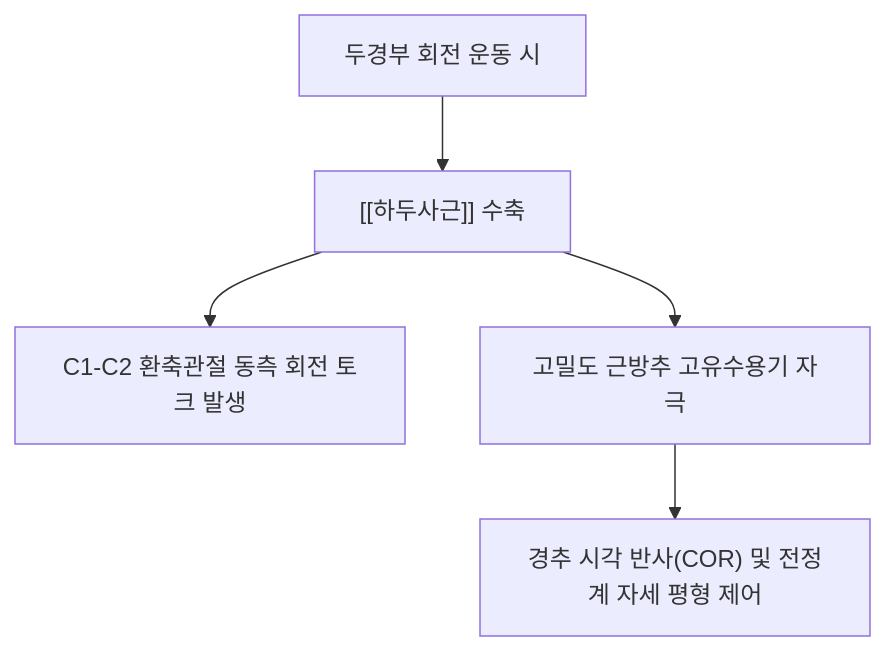
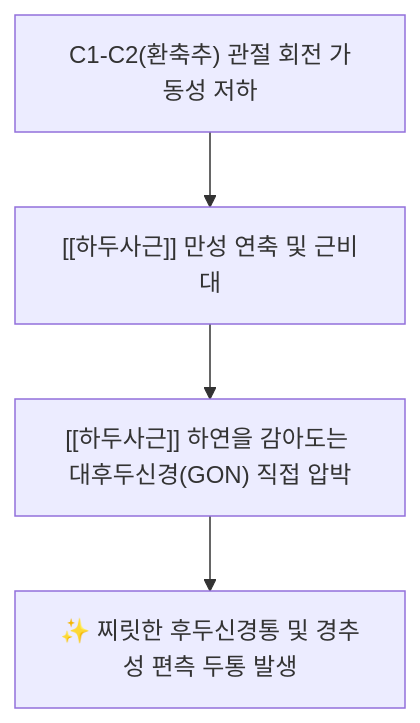
Before and after one commit to simbio11/simbio-digital-garden2: the first of 2 diagrams in content/1. 근골격계 공부/근육/(2) 경부/하두사근.md, drawn with Mermaid. The commit also changed other lines of this file and 487 other files, not shown here.

````diff
--- a/content/1. 근골격계 공부/근육/(2) 경부/하두사근.md
+++ b/content/1. 근골격계 공부/근육/(2) 경부/하두사근.md
@@ -25,7 +42,6 @@
 ```mermaid
 graph TD
-    NeckRot["두경부 회전 운동 시"] --> OCI["[[하두사근]] 수축"]
-    OCI --> AtlantoAxial["C1-C2 환축관절 동측 회전 토크 발생"]
-    OCI --> Spindle["고밀도 근방추 고유수용기 자극"]
-    Spindle --> Balance["경추 시각 반사(COR) 및 전정계 자세 평형 제어"]
+    AA_JointImmobility["C1-C2(환축추) 관절 회전 가동성 저하"] --> OCI_Spasm["[[하두사근]] 만성 연축 및 근비대"]
+    OCI_Spasm --> GON_Compression["[[하두사근]] 하연을 감아도는 대후두신경(GON) 직접 압박"]
+    GON_Compression --> ThrobbingHeadache["✨ 찌릿한 후두신경통 및 경추성 편측 두통 발생"]
 ```
````
